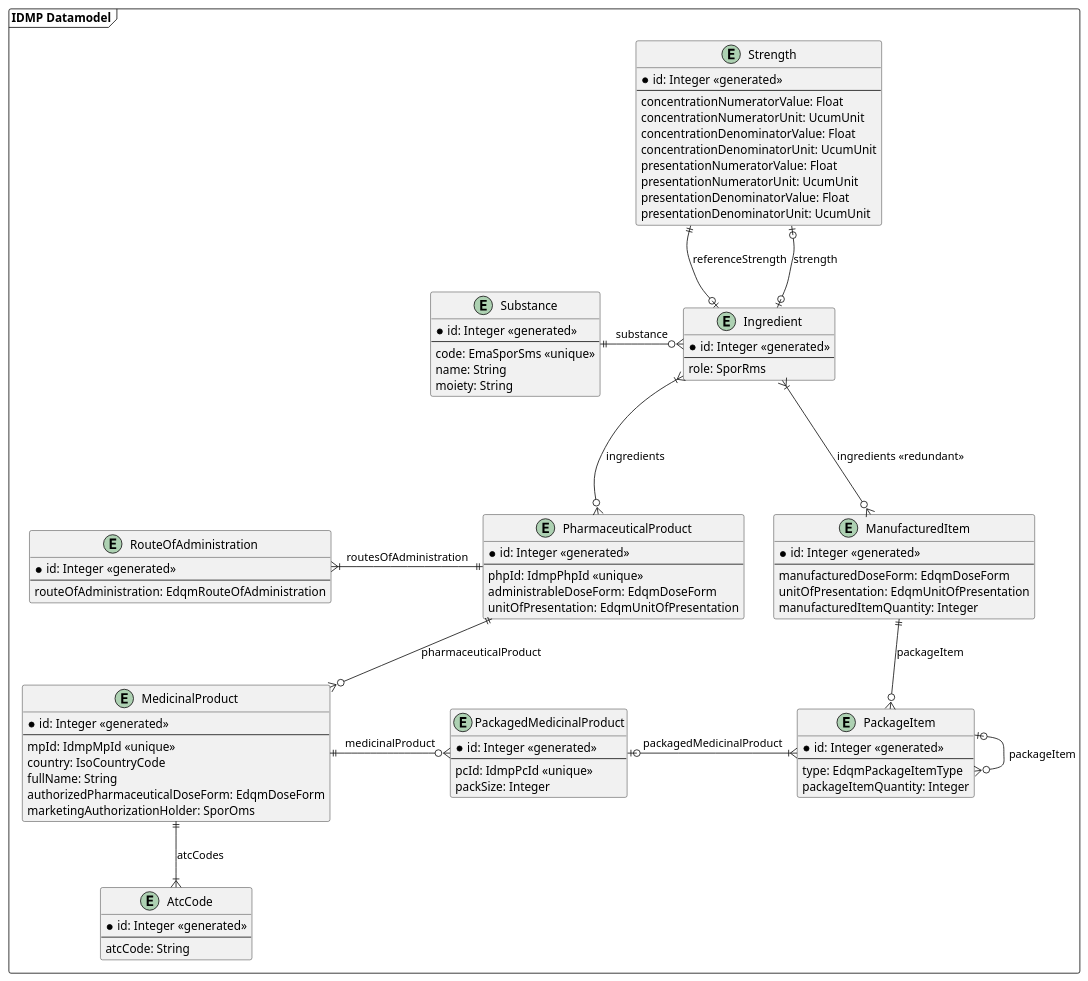
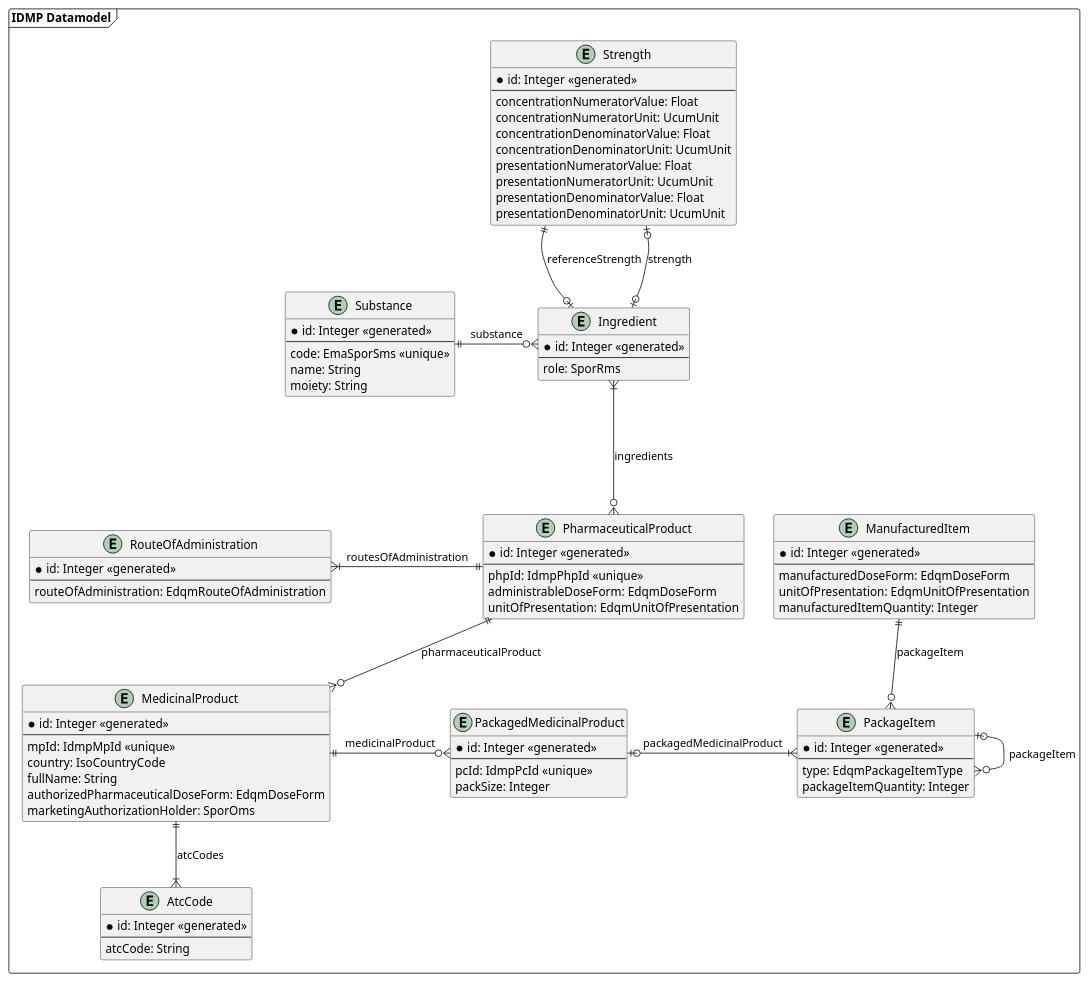
The diagram in uml/class/datamodel.puml (unicom-project-eu/wp6-db-api), drawn with PlantUML before and after one commit. The commit also changed 3 other files, not shown here.

Commit message:
Removed redundant relationship between Ingredient and ManufacturedItem

```diff
--- a/uml/class/datamodel.puml
+++ b/uml/class/datamodel.puml
@@ -1,106 +1,105 @@
 @startuml
 'https://plantuml.com/class-diagram
 
 package "IDMP Datamodel" as idmpDatamodel <<frame>> {
     entity Strength {
         * id: Integer <<generated>>
         --
         concentrationNumeratorValue: Float
         concentrationNumeratorUnit: UcumUnit
         concentrationDenominatorValue: Float
         concentrationDenominatorUnit: UcumUnit
         presentationNumeratorValue: Float
         presentationNumeratorUnit: UcumUnit
         presentationDenominatorValue: Float
         presentationDenominatorUnit: UcumUnit
     }
 
     together {
         entity Substance {
             * id: Integer <<generated>>
             --
             code: EmaSporSms <<unique>>
             name: String
             moiety: String
         }
 
         entity Ingredient {
             * id: Integer <<generated>>
             --
             role: SporRms
         }
 
         Substance ||-r-o{ Ingredient : "substance"
     }
 
     together {
         entity RouteOfAdministration {
             * id: Integer <<generated>>
             --
             routeOfAdministration: EdqmRouteOfAdministration
         }
 
         entity PharmaceuticalProduct {
             * id: Integer <<generated>>
             --
             phpId: IdmpPhpId <<unique>>
             administrableDoseForm: EdqmDoseForm
             unitOfPresentation: EdqmUnitOfPresentation
         }
     }
 
     entity MedicinalProduct {
         * id: Integer <<generated>>
         --
         mpId: IdmpMpId <<unique>>
         country: IsoCountryCode
         fullName: String
         authorizedPharmaceuticalDoseForm: EdqmDoseForm
         marketingAuthorizationHolder: SporOms
     }
 
     entity AtcCode {
         * id: Integer <<generated>>
         --
         atcCode: String
     }
 
     entity PackagedMedicinalProduct {
         * id: Integer <<generated>>
         --
         pcId: IdmpPcId <<unique>>
         packSize: Integer
     }
 
     entity PackageItem {
         * id: Integer <<generated>>
         --
         type: EdqmPackageItemType
         packageItemQuantity: Integer
     }
 
     entity ManufacturedItem {
         * id: Integer <<generated>>
         --
         manufacturedDoseForm: EdqmDoseForm
         unitOfPresentation: EdqmUnitOfPresentation
         manufacturedItemQuantity: Integer
     }
 
     MedicinalProduct ||--|{ AtcCode : "atcCodes"
 
     Strength ||--o| Ingredient : "referenceStrength"
     Strength |o--o| Ingredient : "strength"
 
-    Ingredient }|-o{ ManufacturedItem : "ingredients <<redundant>>"
     Ingredient }|---o{ PharmaceuticalProduct : "ingredients"
 
     RouteOfAdministration }|-r-|| PharmaceuticalProduct : "routesOfAdministration"
     PharmaceuticalProduct ||--o{ MedicinalProduct : "pharmaceuticalProduct"
     MedicinalProduct ||-o{ PackagedMedicinalProduct : "medicinalProduct"
     PackagedMedicinalProduct |o-|{ PackageItem : "packagedMedicinalProduct"
     PackageItem |o-o{ PackageItem : "packageItem"
     ManufacturedItem ||--o{ PackageItem : "packageItem"
 }
 
 @enduml
```
